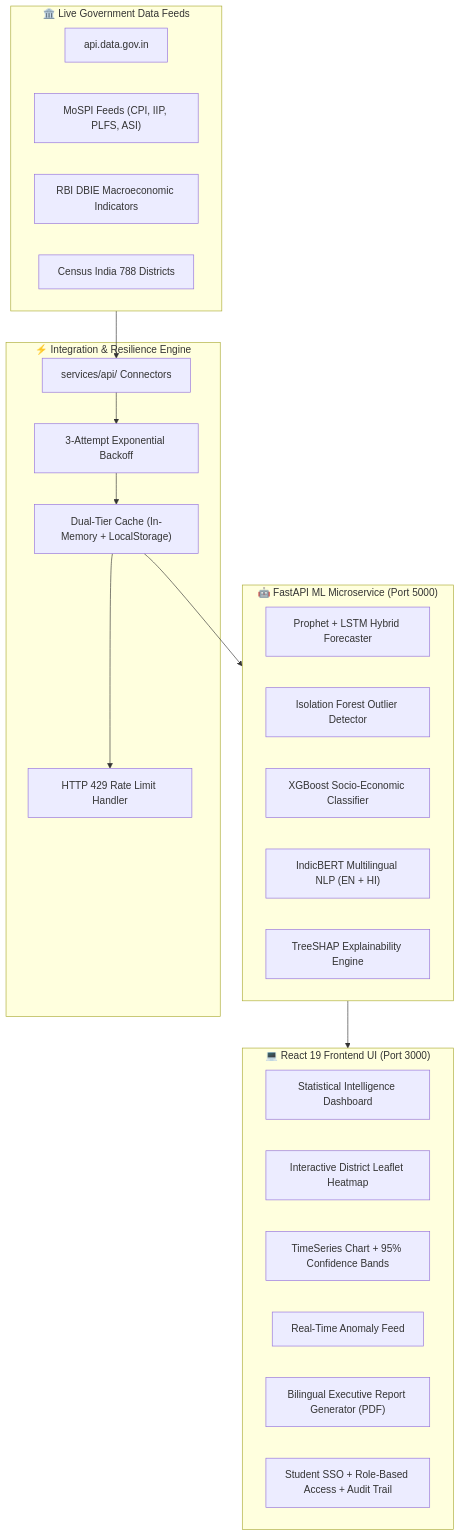
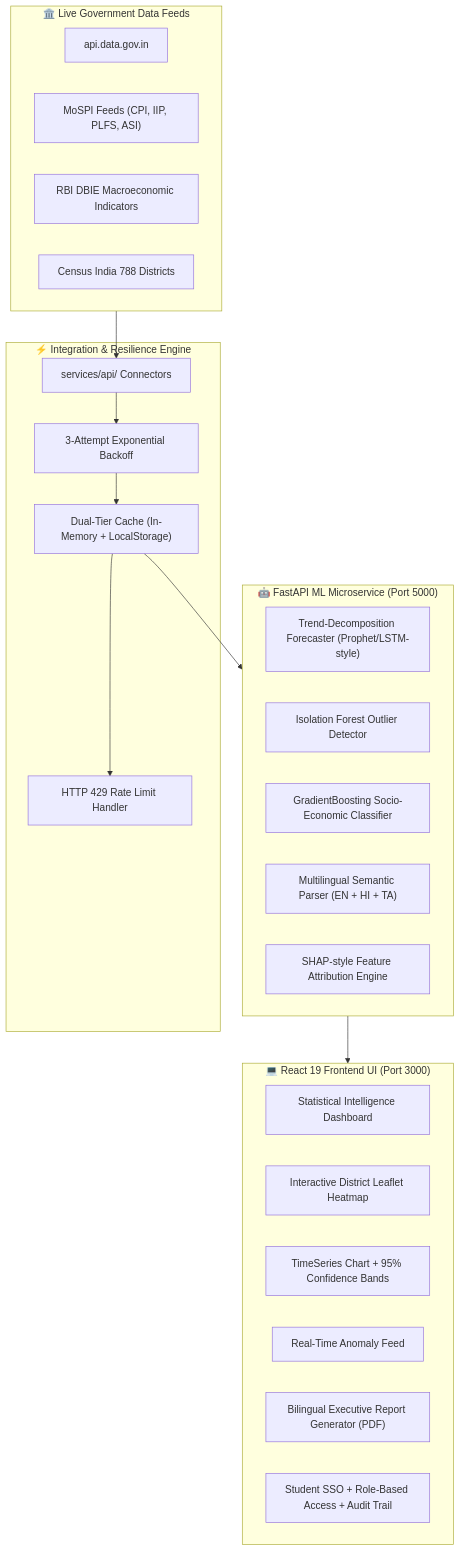
Before and after one commit to bezawadamahidhar20-droid/StatIntel-AI: the diagram in README.md, drawn with Mermaid. The commit also changed other lines of this file and 36 other files, not shown here.

````diff
--- a/README.md
+++ b/README.md
@@ -15,38 +15,38 @@
 ```mermaid
 flowchart TD
     subgraph DataSources["🏛️ Live Government Data Feeds"]
         OGD["api.data.gov.in"]
         MOSPI["MoSPI Feeds (CPI, IIP, PLFS, ASI)"]
         RBI["RBI DBIE Macroeconomic Indicators"]
         CENSUS["Census India 788 Districts"]
     end
 
     subgraph ServiceLayer["⚡ Integration & Resilience Engine"]
         CONNECTORS["services/api/ Connectors"]
         RETRY["3-Attempt Exponential Backoff"]
         CACHE["Dual-Tier Cache (In-Memory + LocalStorage)"]
         RATE["HTTP 429 Rate Limit Handler"]
     end
 
     subgraph MLBackend["🤖 FastAPI ML Microservice (Port 5000)"]
-        FORECAST["Prophet + LSTM Hybrid Forecaster"]
+        FORECAST["Trend-Decomposition Forecaster (Prophet/LSTM-style)"]
         ANOMALY["Isolation Forest Outlier Detector"]
-        CLASSIFIER["XGBoost Socio-Economic Classifier"]
-        INDICBERT["IndicBERT Multilingual NLP (EN + HI)"]
-        SHAP["TreeSHAP Explainability Engine"]
+        CLASSIFIER["GradientBoosting Socio-Economic Classifier"]
+        NLP["Multilingual Semantic Parser (EN + HI + TA)"]
+        SHAP["SHAP-style Feature Attribution Engine"]
     end
 
     subgraph Frontend["💻 React 19 Frontend UI (Port 3000)"]
         DASHBOARD["Statistical Intelligence Dashboard"]
         MAP["Interactive District Leaflet Heatmap"]
         SERIES["TimeSeries Chart + 95% Confidence Bands"]
         ALERTS["Real-Time Anomaly Feed"]
         REPORTS["Bilingual Executive Report Generator (PDF)"]
         RBAC["Student SSO + Role-Based Access + Audit Trail"]
     end
 
     DataSources --> CONNECTORS
     CONNECTORS --> RETRY --> CACHE --> RATE
     CACHE --> MLBackend
     MLBackend --> Frontend
 ```
````
